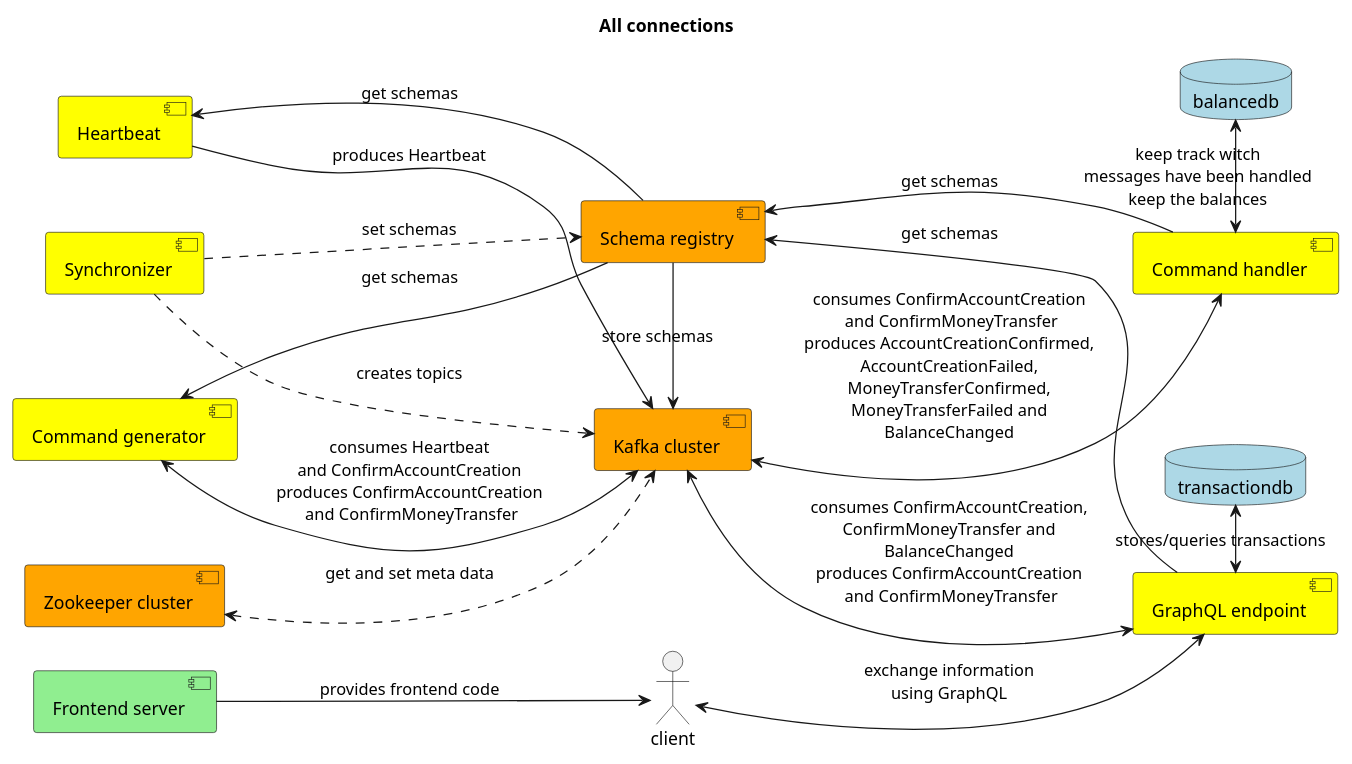
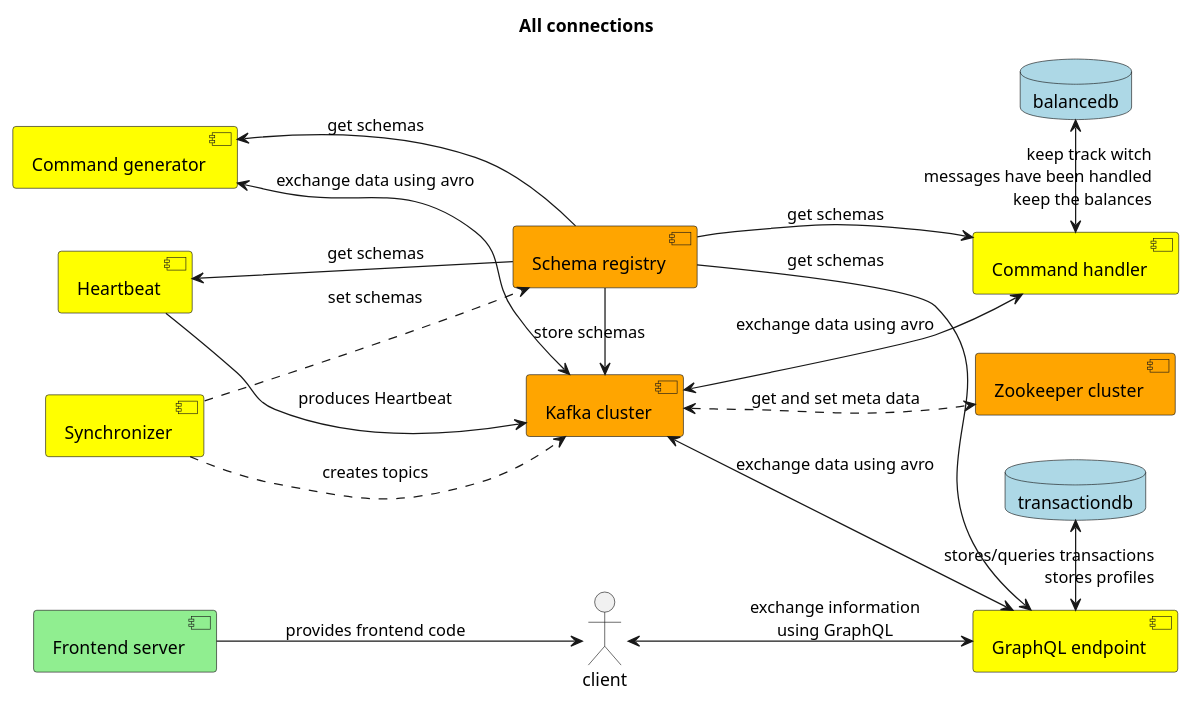
Before and after one commit to openweb-nl/open-bank-mark: the diagram in resources/overview.puml, drawn with PlantUML. The commit also changed 12 other files, not shown here.

Commit message:
small improvements to the uml's

```diff
--- a/resources/overview.puml
+++ b/resources/overview.puml
@@ -1,36 +1,36 @@
 @startuml
 
 left to right direction
 title All connections
 
 [Kafka cluster] as kc #Orange
 [Zookeeper cluster] as zc #Orange
 [Schema registry] as sr #Orange
 [Synchronizer] as sy #Yellow
 [Heartbeat] as hb #Yellow
 [Command generator] as cg #Yellow
 [Command handler] as ch #Yellow
 [GraphQL endpoint] as ge #Yellow
 [Frontend server] as fs #LightGreen
 actor client as cl
 database balancedb as pgb #LightBlue
 database transactiondb as pgt #LightBlue
 
 sy ..> sr : set schemas
 sy ..> kc : creates topics
 fs --> cl : provides frontend code
 cl <--> ge : exchange information\nusing GraphQL
-zc <..> kc : get and set meta data
-cg <--> kc : consumes Heartbeat\nand ConfirmAccountCreation\nproduces ConfirmAccountCreation\n and ConfirmMoneyTransfer
-kc <--> ch : consumes ConfirmAccountCreation\n and ConfirmMoneyTransfer\nproduces AccountCreationConfirmed,\nAccountCreationFailed,\nMoneyTransferConfirmed,\nMoneyTransferFailed and\nBalanceChanged
-kc <--> ge : consumes ConfirmAccountCreation,\nConfirmMoneyTransfer and\nBalanceChanged\nproduces ConfirmAccountCreation\n and ConfirmMoneyTransfer
+kc <..> zc : get and set meta data
+cg <--> kc : exchange data using avro
+kc <--> ch : exchange data using avro
+kc <--> ge : exchange data using avro
 hb --> kc : produces Heartbeat
-pgb <-> ch : keep track witch\nmessages have been handled\nkeep the balances
-pgt <-> ge : stores/queries transactions
-sr <-- ch : get schemas
-sr <-- ge : get schemas
+pgb <-> ch : keep track witch\rmessages have been handled\nkeep the balances
+pgt <-> ge : stores/queries transactions\rstores profiles
+sr --> ch : get schemas
+sr --> ge : get schemas
 sr -> kc : store schemas
 hb <-- sr : get schemas
 cg <-- sr : get schemas
 
 @enduml
```
